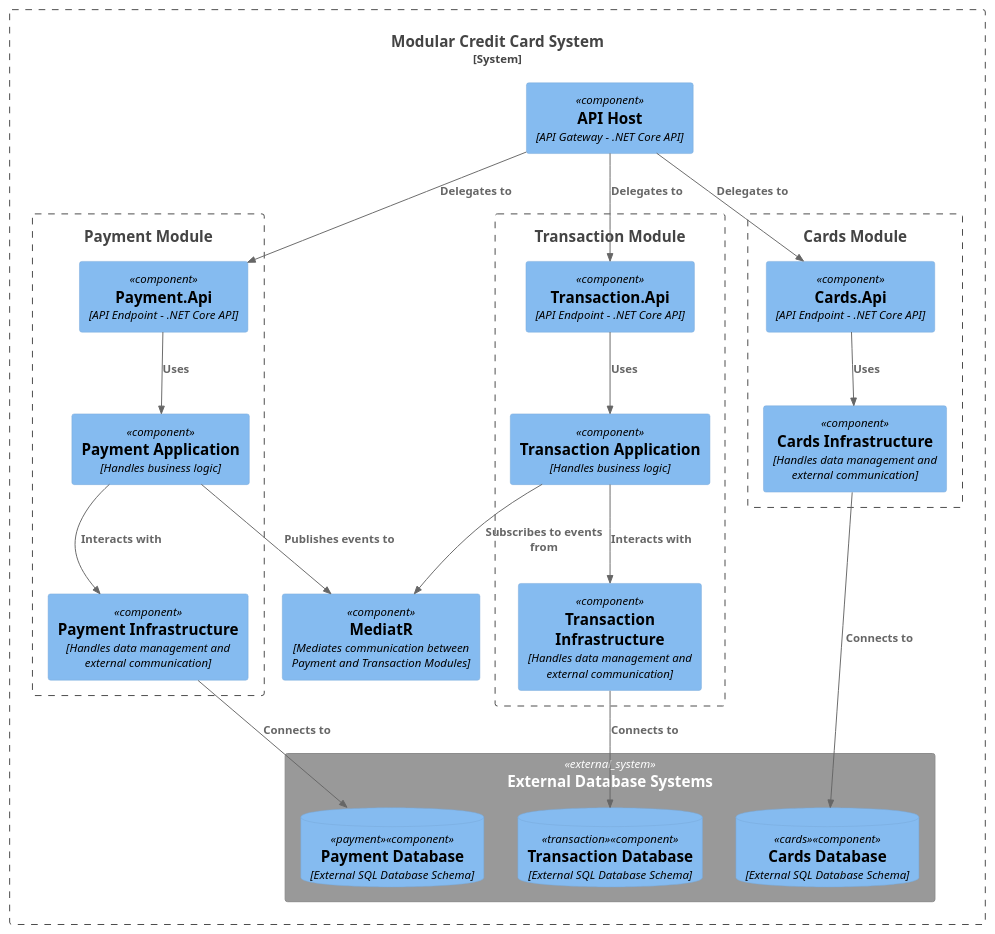
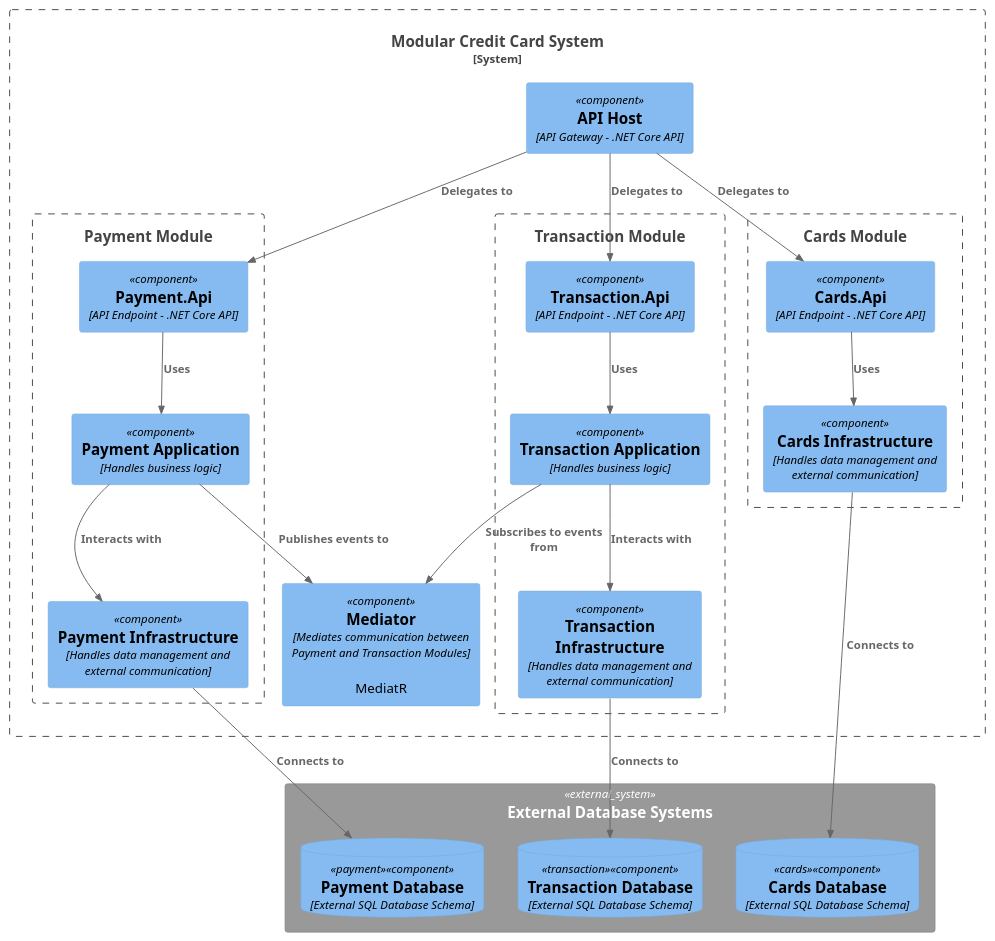
One commit to direstrepo24/modular-credit-card-monolith-main changed the diagram in Arquitecture/ModulesWithMediatorFinal.puml. Above: the diagram before and after it, drawn with PlantUML. The commit also changed 1 other file, not shown here.

Commit message:
diagrams modificated

```diff
--- a/Arquitecture/ModulesWithMediatorFinal.puml
+++ b/Arquitecture/ModulesWithMediatorFinal.puml
@@ -1,51 +1,53 @@
 @startuml C4 Components Module with MediatR Communication
 !include https://raw.githubusercontent.com/plantuml-stdlib/C4-PlantUML/master/C4_Component.puml
 
 System_Boundary(c1, "Modular Credit Card System") {
     Component(apiHost, "API Host", "API Gateway - .NET Core API")
 
     Boundary(paymentModule, "Payment Module") {
         Component(paymentApi, "Payment.Api", "API Endpoint - .NET Core API")
         Component(paymentApp, "Payment Application", "Handles business logic")
         Component(paymentInfra, "Payment Infrastructure", "Handles data management and external communication")
     }
 
     Boundary(transactionModule, "Transaction Module") {
         Component(transactionApi, "Transaction.Api", "API Endpoint - .NET Core API")
         Component(transactionApp, "Transaction Application", "Handles business logic")
         Component(transactionInfra, "Transaction Infrastructure", "Handles data management and external communication")
     }
 
     Boundary(cardsModule, "Cards Module") {
         Component(cardsApi, "Cards.Api", "API Endpoint - .NET Core API")
         Component(cardsInfra, "Cards Infrastructure", "Handles data management and external communication")
     }
 
-    Component(mediator, "MediatR", "Mediates communication between Payment and Transaction Modules")
+    Component(mediator, "Mediator", "Mediates communication between Payment and Transaction Modules", "MediatR")
     
-    System_Ext(dbBoundary, "External Database Systems") {
+   
+}
+
+ System_Ext(dbBoundary, "External Database Systems") {
         ComponentDb(paymentData, "Payment Database", "External SQL Database Schema", $tags="payment")
         ComponentDb(transactionData, "Transaction Database", "External SQL Database Schema", $tags="transaction")
         ComponentDb(cardsData, "Cards Database", "External SQL Database Schema", $tags="cards")
     }
-}
 
 Rel(apiHost, paymentApi, "Delegates to")
 Rel(apiHost, transactionApi, "Delegates to")
 Rel(apiHost, cardsApi, "Delegates to")
 
 Rel(paymentApi, paymentApp, "Uses")
 Rel(transactionApi, transactionApp, "Uses")
 Rel(cardsApi, cardsInfra, "Uses")
 
 Rel(paymentApp, paymentInfra, "Interacts with")
 Rel(transactionApp, transactionInfra, "Interacts with")
 Rel(cardsInfra, cardsData, "Connects to")
 
 Rel(paymentInfra, paymentData, "Connects to")
 Rel(transactionInfra, transactionData, "Connects to")
 
 Rel(paymentApp, mediator, "Publishes events to", $tags="mediator")
 Rel(transactionApp, mediator, "Subscribes to events from", $tags="mediator")
 
 @enduml
```
